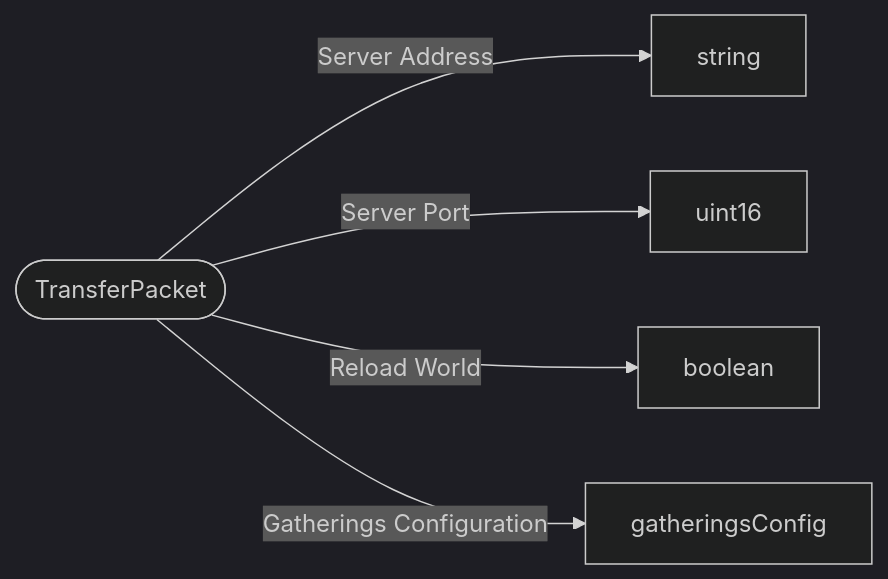
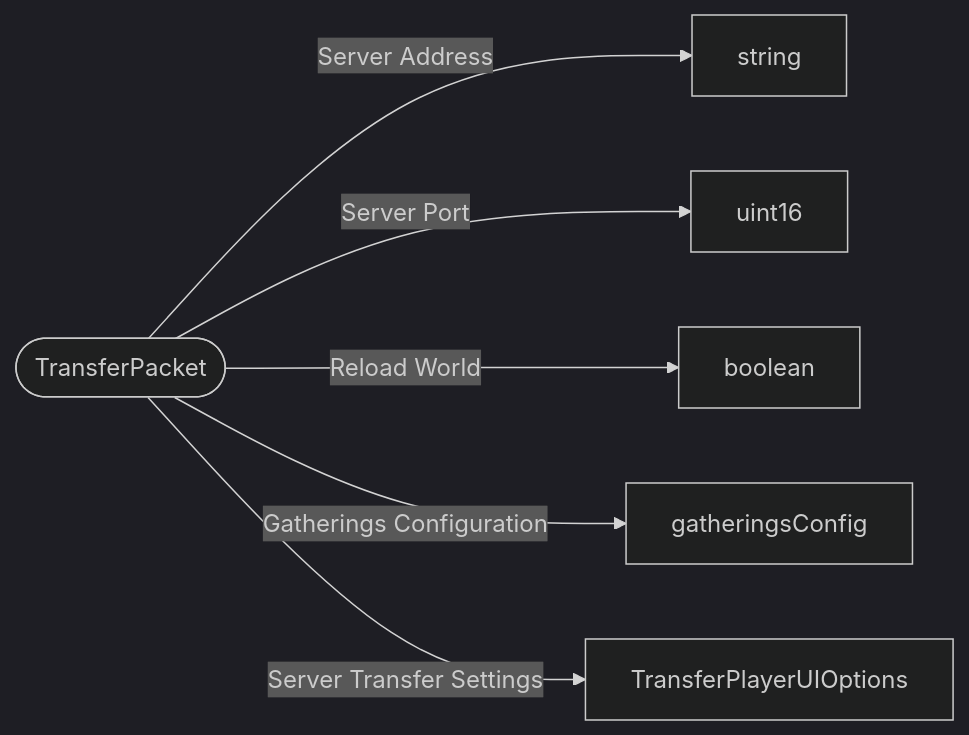
Before and after one commit to bedrock-v/protocol-docs: the diagram in schemas/packets/TransferPacket.md, drawn with Mermaid (dark theme). The commit also changed 42 other files, not shown here.

````diff
--- a/schemas/packets/TransferPacket.md
+++ b/schemas/packets/TransferPacket.md
@@ -7,8 +7,9 @@
 ```mermaid
 flowchart LR
   ROOT(["TransferPacket"])
   ROOT -->|"Server Address"| string["string"]
   ROOT -->|"Server Port"| uint16["uint16"]
   ROOT -->|"Reload World"| boolean["boolean"]
   ROOT -->|"Gatherings Configuration"| gatheringsConfig["gatheringsConfig"]
+  ROOT -->|"Server Transfer Settings"| TransferPlayerUIOptions["TransferPlayerUIOptions"]
 ```
````
